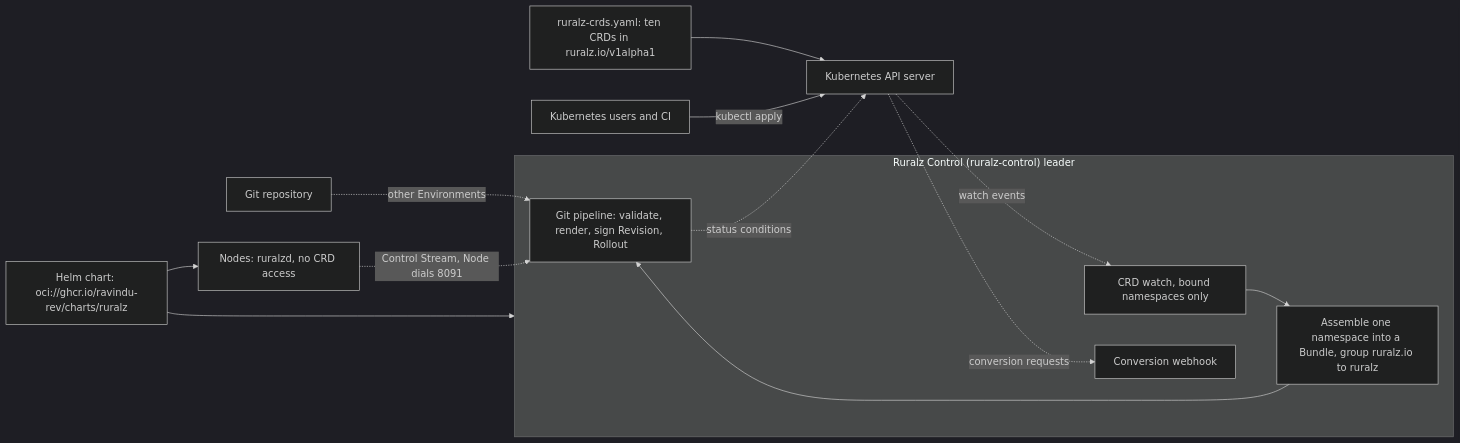
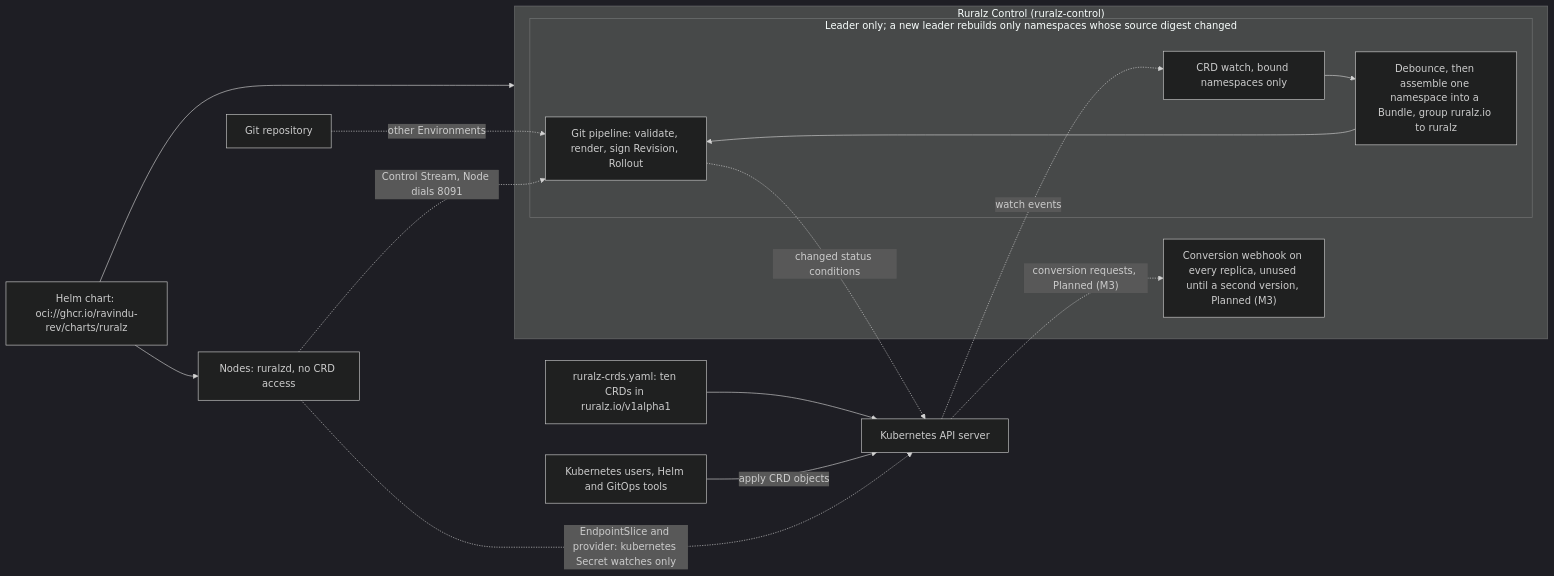
Before and after one commit to ravindu-rev/ruralz: the first of 2 diagrams in docs/adr/0016-kubernetes-helm-and-crds.md, drawn with Mermaid (dark theme). The commit also changed other lines of this file and 40 other files, not shown here.

````diff
--- a/docs/adr/0016-kubernetes-helm-and-crds.md
+++ b/docs/adr/0016-kubernetes-helm-and-crds.md
@@ -60,26 +59,29 @@
 ```mermaid
 flowchart LR
     helm["Helm chart: oci://ghcr.io/ravindu-rev/charts/ruralz"]
     crds["ruralz-crds.yaml: ten CRDs in ruralz.io/v1alpha1"]
-    users["Kubernetes users and CI"]
+    users["Kubernetes users, Helm and GitOps tools"]
     api["Kubernetes API server"]
     git["Git repository"]
-    subgraph ctl["Ruralz Control (ruralz-control) leader"]
-        watch["CRD watch, bound namespaces only"]
-        asm["Assemble one namespace into a Bundle, group ruralz.io to ruralz"]
-        pipe["Git pipeline: validate, render, sign Revision, Rollout"]
-        conv["Conversion webhook"]
+    subgraph ctl["Ruralz Control (ruralz-control)"]
+        subgraph lead["Leader only; a new leader rebuilds only namespaces whose source digest changed"]
+            watch["CRD watch, bound namespaces only"]
+            asm["Debounce, then assemble one namespace into a Bundle, group ruralz.io to ruralz"]
+            pipe["Git pipeline: validate, render, sign Revision, Rollout"]
+        end
+        conv["Conversion webhook on every replica, unused until a second version, Planned (M3)"]
     end
     nodes["Nodes: ruralzd, no CRD access"]
     helm --> ctl
     helm --> nodes
     crds --> api
-    users -->|"kubectl apply"| api
+    users -->|"apply CRD objects"| api
     api -.->|"watch events"| watch
     watch --> asm
     asm --> pipe
     git -.->|"other Environments"| pipe
-    api -.->|"conversion requests"| conv
-    pipe -.->|"status conditions"| api
+    api -.->|"conversion requests, Planned (M3)"| conv
+    pipe -.->|"changed status conditions"| api
     nodes -.->|"Control Stream, Node dials 8091"| pipe
+    nodes -.->|"EndpointSlice and provider: kubernetes Secret watches only"| api
 ```
````
